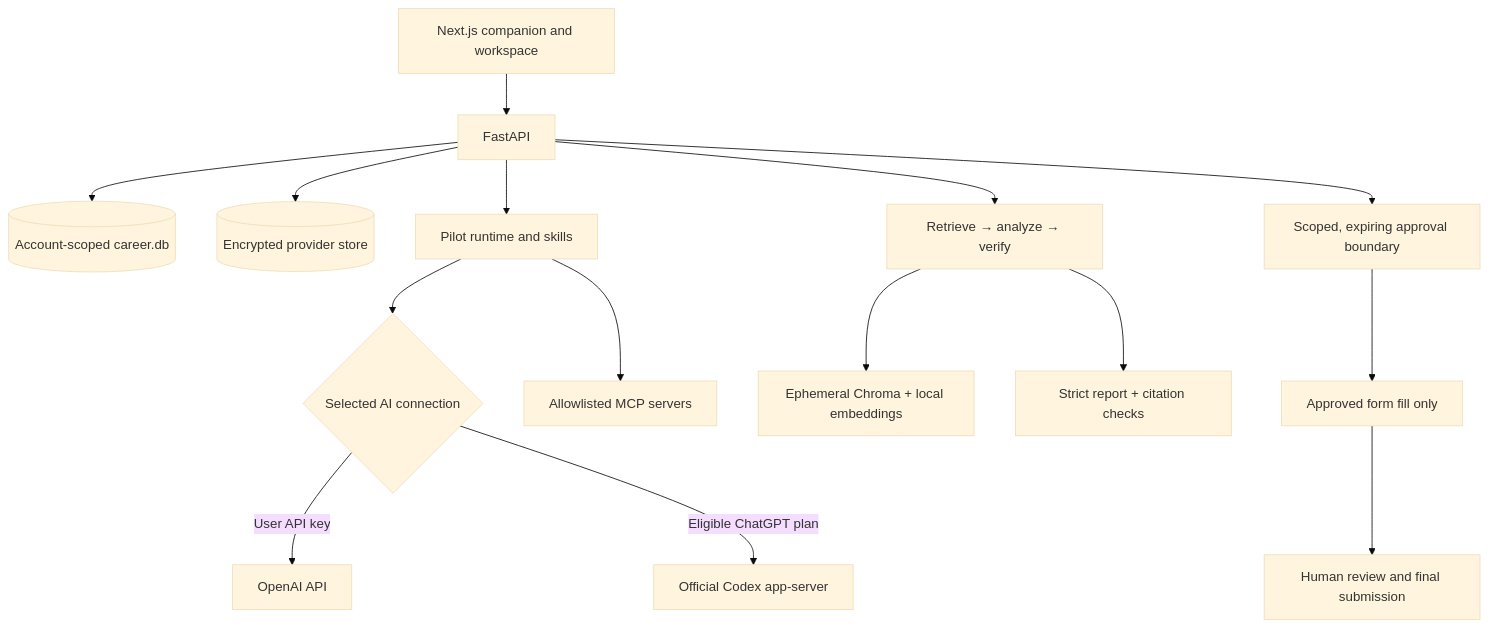
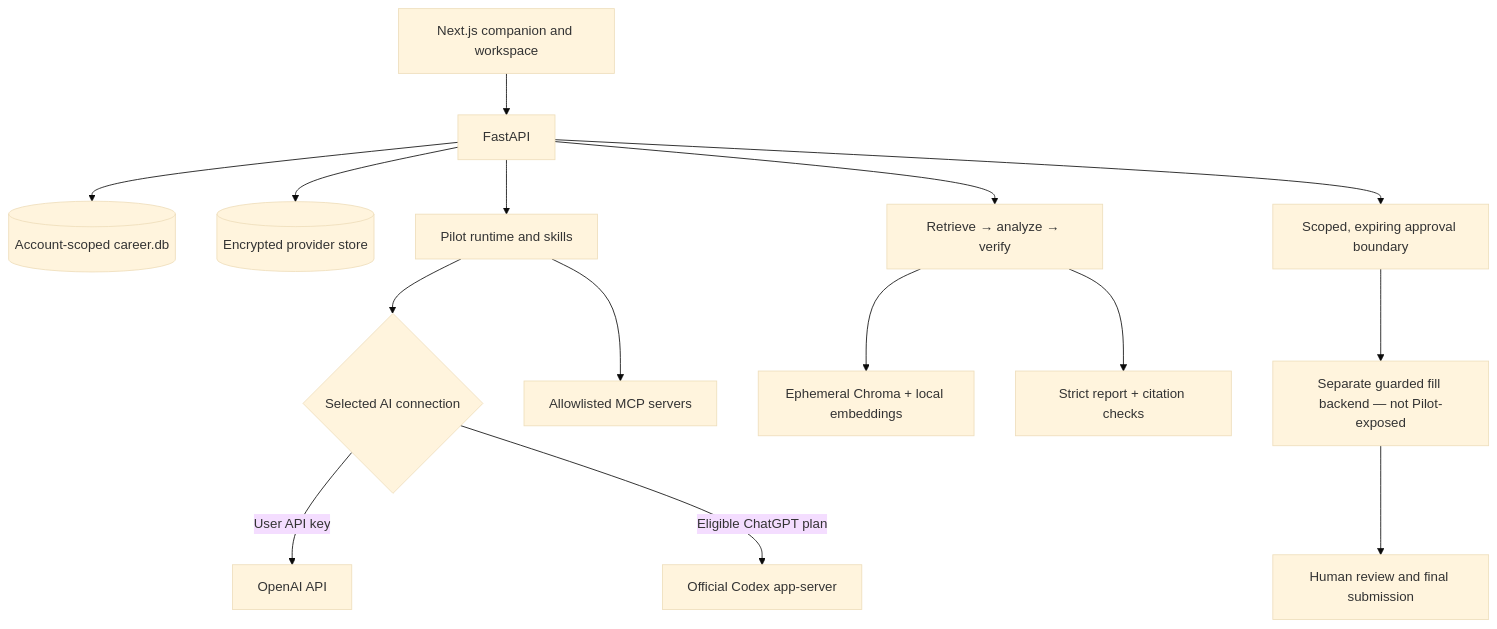
One commit to lololo-xiao/career-pilot changed the second of 2 diagrams in README.md. Above: the diagram before and after it, drawn with Mermaid (base theme). The commit also changed other lines of this file and 5 other files, not shown here.

````diff
--- a/README.md
+++ b/README.md
@@ -114,17 +118,17 @@
 ```mermaid
 flowchart TB
     UI[Next.js companion and workspace] --> API[FastAPI]
     API --> DB[(Account-scoped career.db)]
     API --> AUTH[(Encrypted provider store)]
     API --> PILOT[Pilot runtime and skills]
     PILOT --> ROUTE{Selected AI connection}
     ROUTE -->|User API key| OPENAI[OpenAI API]
     ROUTE -->|Eligible ChatGPT plan| CODEX[Official Codex app-server]
     PILOT --> MCP[Allowlisted MCP servers]
     API --> MATCH[Retrieve → analyze → verify]
     MATCH --> CHROMA[Ephemeral Chroma + local embeddings]
     MATCH --> REPORT[Strict report + citation checks]
     API --> APPROVAL[Scoped, expiring approval boundary]
-    APPROVAL --> FORM[Approved form fill only]
+    APPROVAL --> FORM[Separate guarded fill backend — not Pilot-exposed]
     FORM --> HUMAN[Human review and final submission]
 ```
````
